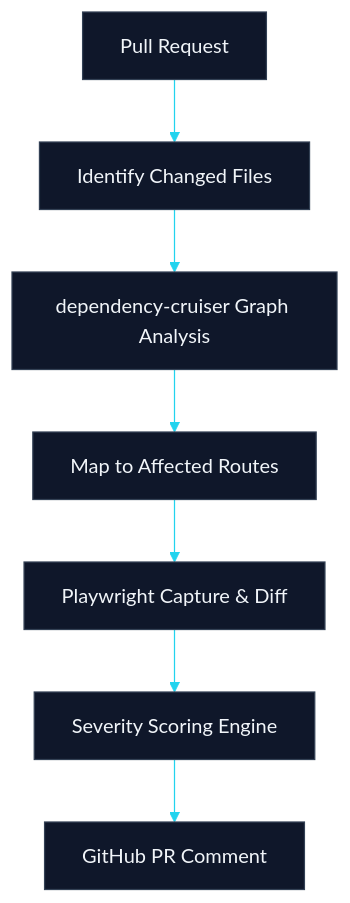
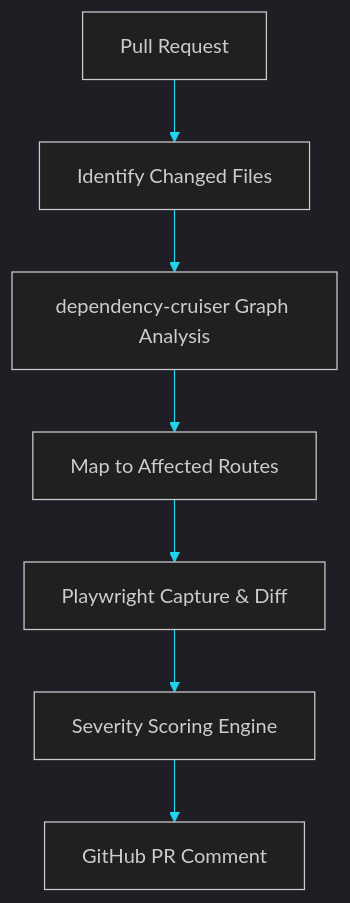
Before and after one commit to arii/tech-dancer: the diagram in content/studies/deployment-impact-analyzer.md, drawn with Mermaid. The commit also changed 3 other files, not shown here.

````diff
--- a/content/studies/deployment-impact-analyzer.md
+++ b/content/studies/deployment-impact-analyzer.md
@@ -26,10 +26,10 @@
 ```mermaid
-%%{init: {'theme': 'base', 'themeVariables': { 'primaryColor': '#0f172a', 'primaryTextColor': '#f1f5f9', 'primaryBorderColor': '#334155', 'lineColor': '#22d3ee', 'secondaryColor': '#1e293b', 'tertiaryColor': '#0f172a' }}}%%
+%%{init: {'theme': 'dark', 'themeVariables': { 'darkMode': true, 'primaryColor': '#1e293b', 'primaryTextColor': '#f1f5f9', 'primaryBorderColor': '#334155', 'lineColor': '#22d3ee' }, 'flowchart': { 'nodeSpacing': 50, 'rankSpacing': 50 }}}%%
 flowchart TD
   PR[Pull Request] --> Diff[Identify Changed Files]
   Diff --> Graph[dependency-cruiser Graph Analysis]
   Graph --> Routes[Map to Affected Routes]
   Routes --> Playwright[Playwright Capture & Diff]
   Playwright --> Scoring[Severity Scoring Engine]
   Scoring --> Report[GitHub PR Comment]
 ```
````
